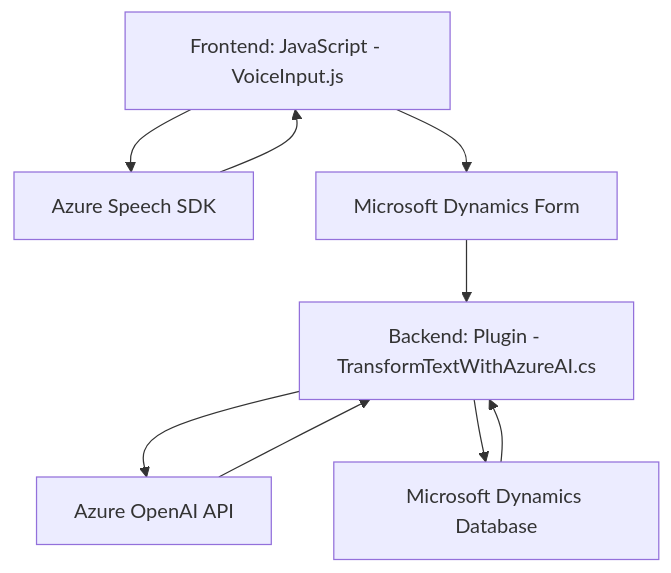
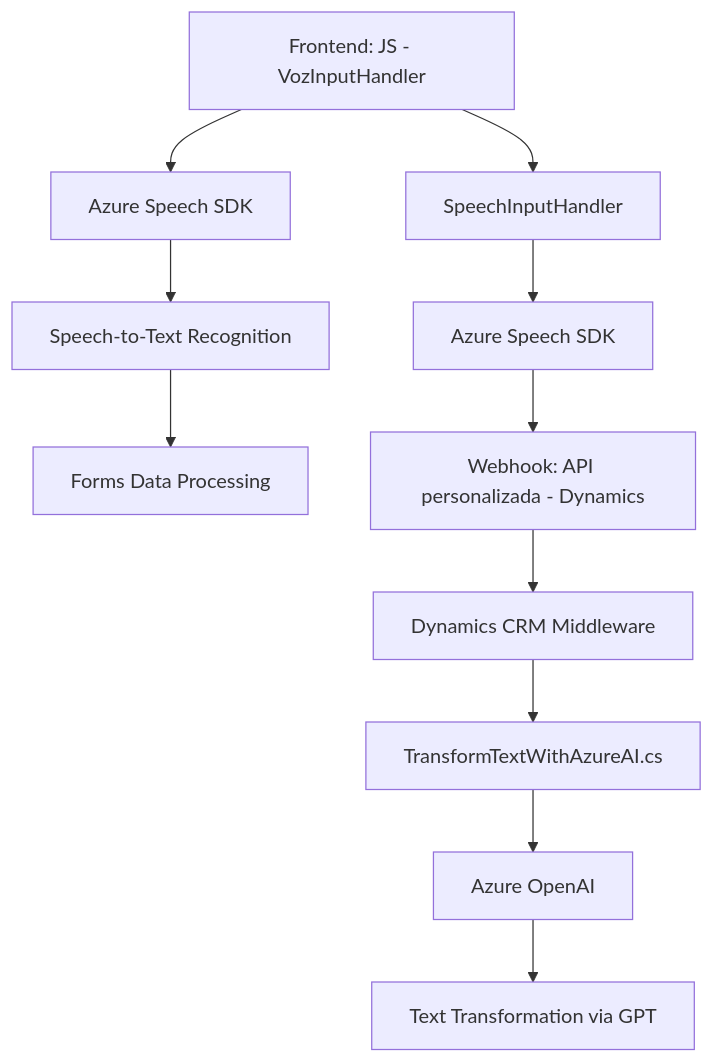
Before and after one commit to blopezdm/NETCORE_BILBAO2025: the diagram in README.md, drawn with Mermaid. The commit also changed other lines of this file, not shown here.

````diff
--- a/README.md
+++ b/README.md
@@ -42,18 +43,13 @@
 ```mermaid
 graph TD
-    A["Frontend: JavaScript - VoiceInput.js"]
-    B["Azure Speech SDK"]
-    C["Microsoft Dynamics Form"]
-    D["Backend: Plugin - TransformTextWithAzureAI.cs"]
-    E["Azure OpenAI API"]
-    F["Microsoft Dynamics Database"]
-
-    A --> B
-    A --> C
-    B --> A
-    C --> D
-    D --> E
-    E --> D
-    D --> F
-    F --> D
+    A["Frontend: JS - VozInputHandler"] --> B["Azure Speech SDK"]
+    B --> C["Speech-to-Text Recognition"]
+    C --> D["Forms Data Processing"]
+    A --> E["SpeechInputHandler"]
+    E --> F["Azure Speech SDK"]
+    F --> G["Webhook: API personalizada - Dynamics"]
+    G --> H["Dynamics CRM Middleware"]
+    H --> I["TransformTextWithAzureAI.cs"]
+    I --> J["Azure OpenAI"]
+    J --> K["Text Transformation via GPT"]
 ```
````
